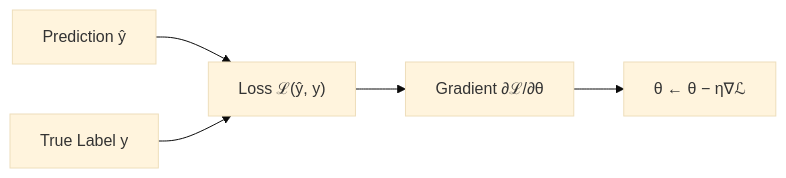
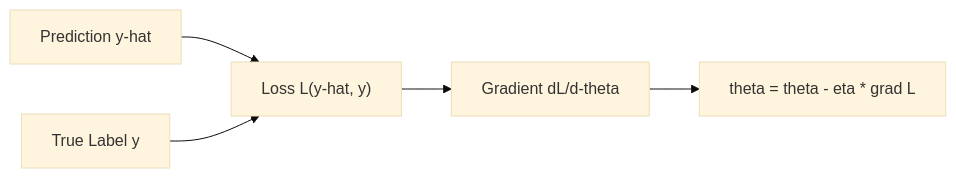
One commit to chinnaip/DeeplearingClassNotes changed the second of 6 diagrams in exam_answers/test_answer_key.md. Above: the diagram before and after it, drawn with Mermaid (base theme). The commit also changed other lines of this file, not shown here.

````diff
--- a/exam_answers/test_answer_key.md
+++ b/exam_answers/test_answer_key.md
@@ -49,6 +49,6 @@
 ```mermaid
 flowchart LR
-    Pred["Prediction ŷ"] & True["True Label y"] --> Loss["Loss ℒ(ŷ, y)"]
-    Loss --> Grad["Gradient ∂ℒ/∂θ"]
-    Grad --> Update["θ ← θ − η∇ℒ"]
+    Pred["Prediction y-hat"] & True["True Label y"] --> Loss["Loss L(y-hat, y)"]
+    Loss --> Grad["Gradient dL/d-theta"]
+    Grad --> Update["theta = theta - eta * grad L"]
 ```
````
